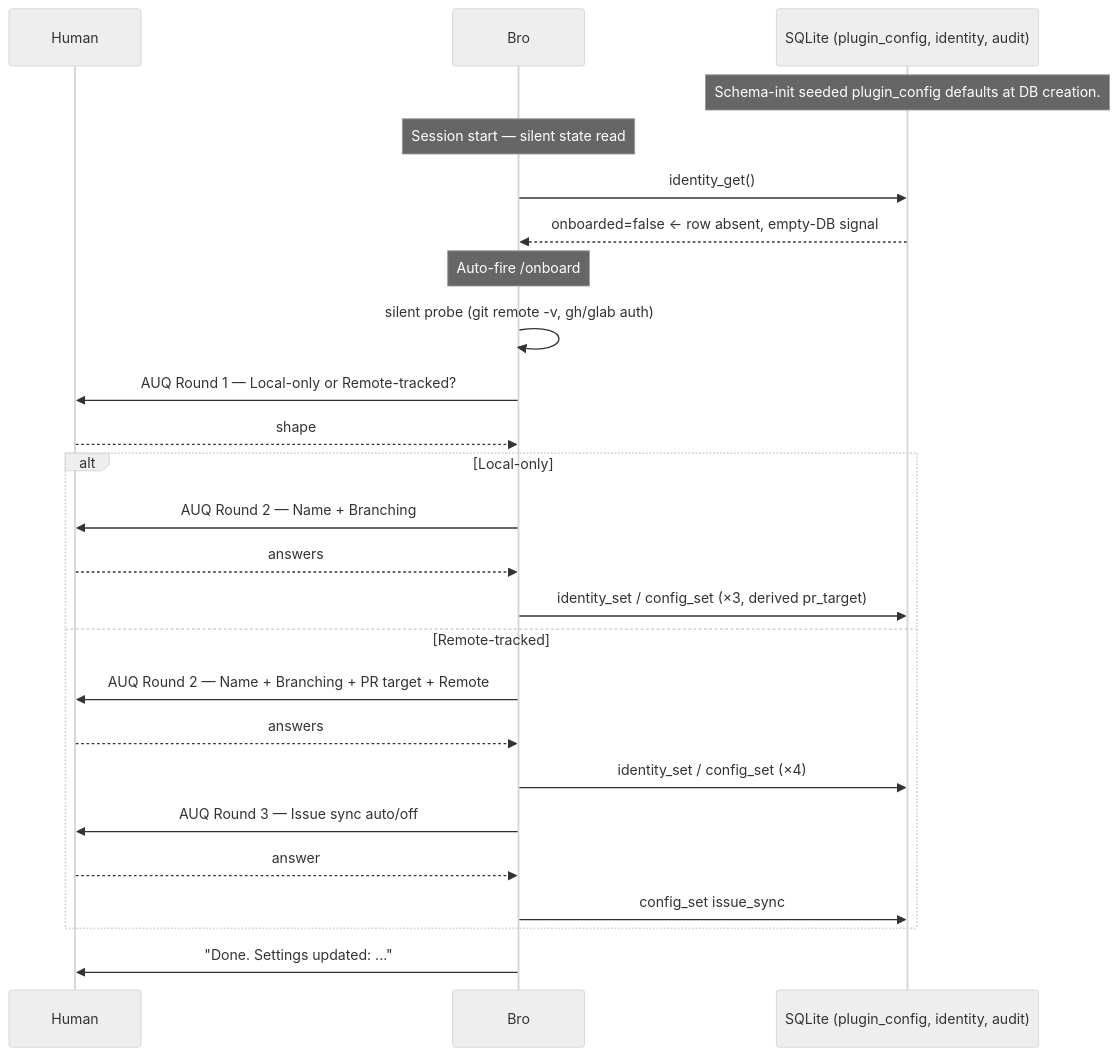
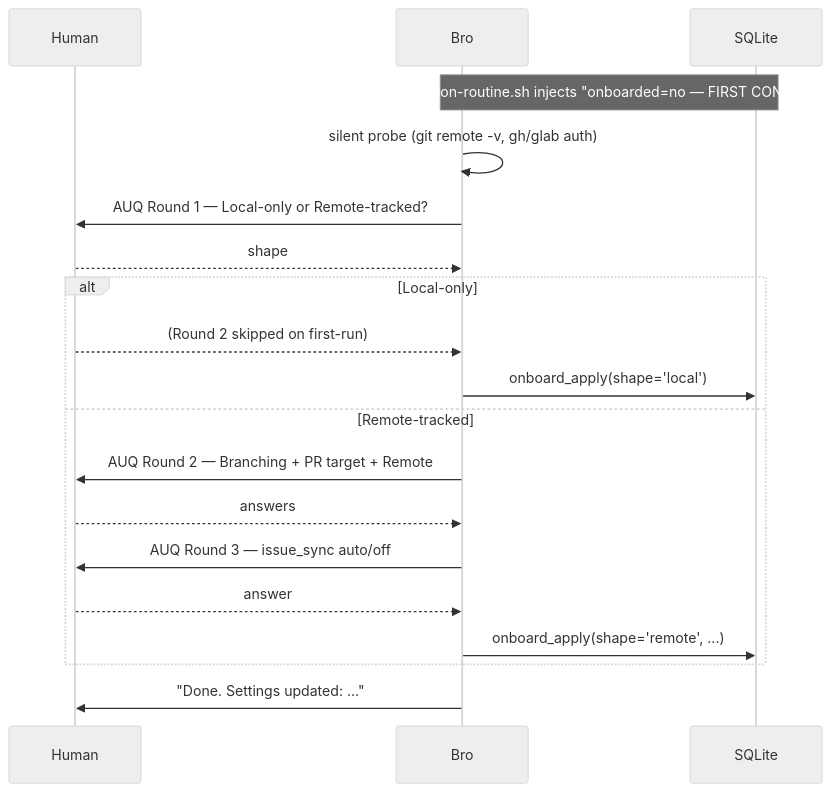
The first of 4 diagrams in docs/architecture/FLOWS.md (trustmybot/plugin), drawn with Mermaid (neutral theme) before and after one commit. The commit also changed other lines of this file and 7 other files, not shown here.

````diff
--- a/docs/architecture/FLOWS.md
+++ b/docs/architecture/FLOWS.md
@@ -80,32 +42,25 @@
 ```mermaid
 sequenceDiagram
     participant H as Human
     participant G as Bro
-    participant DB as SQLite (plugin_config, identity, audit)
+    participant DB as SQLite
 
-    Note over DB: Schema-init seeded plugin_config defaults at DB creation.
+    Note over G,DB: activation-routine.sh injects "onboarded=no — FIRST CONTACT"
 
-    Note over G: Session start — silent state read
-    G->>DB: identity_get()
-    DB-->>G: onboarded=false  ← row absent, empty-DB signal
-
-    Note over G: Auto-fire /onboard
     G->>G: silent probe (git remote -v, gh/glab auth)
     G->>H: AUQ Round 1 — Local-only or Remote-tracked?
     H-->>G: shape
 
     alt Local-only
-        G->>H: AUQ Round 2 — Name + Branching
+        H-->>G: (Round 2 skipped on first-run)
+        G->>DB: onboard_apply(shape='local')
+    else Remote-tracked
+        G->>H: AUQ Round 2 — Branching + PR target + Remote
         H-->>G: answers
-        G->>DB: identity_set / config_set (×3, derived pr_target)
-    else Remote-tracked
-        G->>H: AUQ Round 2 — Name + Branching + PR target + Remote
-        H-->>G: answers
-        G->>DB: identity_set / config_set (×4)
-        G->>H: AUQ Round 3 — Issue sync auto/off
+        G->>H: AUQ Round 3 — issue_sync auto/off
         H-->>G: answer
-        G->>DB: config_set issue_sync
+        G->>DB: onboard_apply(shape='remote', ...)
     end
 
     G->>H: "Done. Settings updated: ..."
 ```
````
